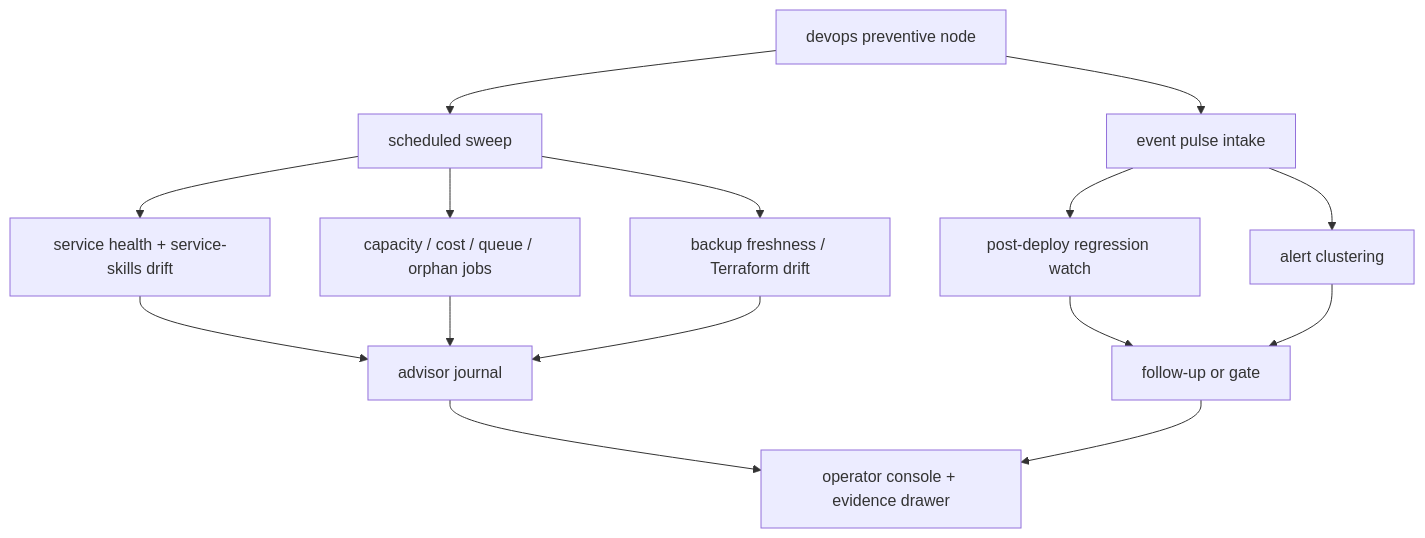
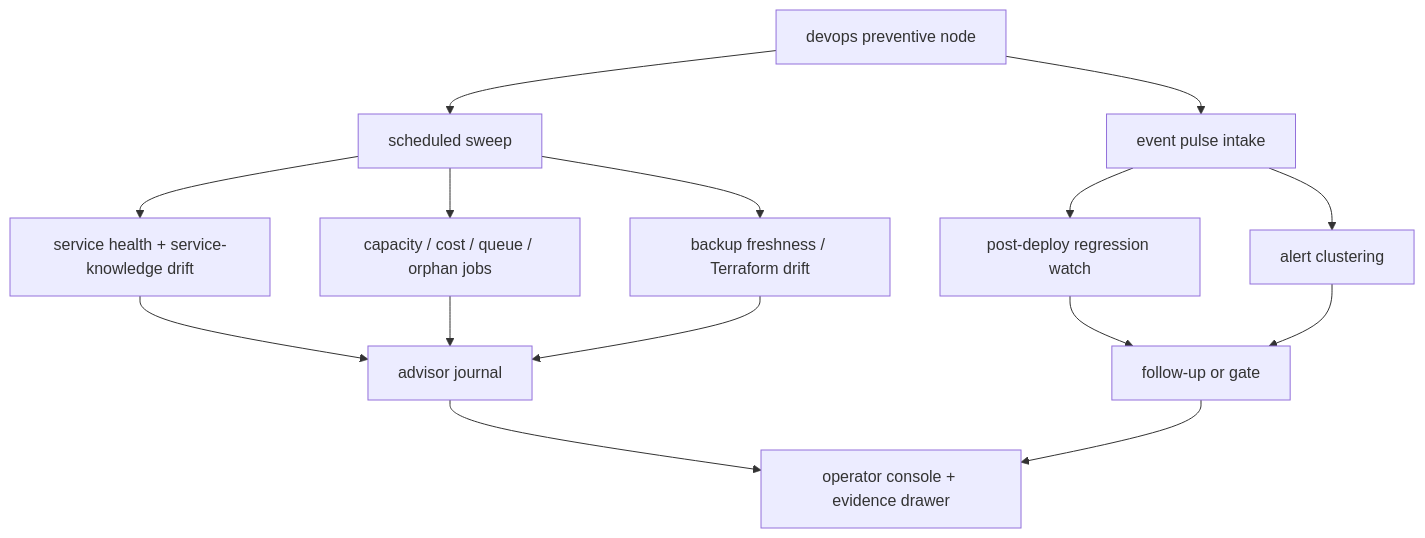
Before and after one commit to xtrm-dev/xtrm: the third of 3 diagrams in docs/devops/devops-system.md, drawn with Mermaid. The commit also changed other lines of this file and 1 other file, not shown here.

First line of the commit message:
docs(devops): sweep service-skills → service-knowledge in arch prose

````diff
--- a/docs/devops/devops-system.md
+++ b/docs/devops/devops-system.md
@@ -295,17 +295,17 @@
 ```mermaid
 flowchart TB
   N["devops preventive node"] --> A["scheduled sweep"]
   N --> B["event pulse intake"]
-  A --> C["service health + service-skills drift"]
+  A --> C["service health + service-knowledge drift"]
   A --> D["capacity / cost / queue / orphan jobs"]
   A --> E["backup freshness / Terraform drift"]
   B --> F["post-deploy regression watch"]
   B --> G["alert clustering"]
   C --> H["advisor journal"]
   D --> H
   E --> H
   F --> I["follow-up or gate"]
   G --> I
   H --> J["operator console + evidence drawer"]
   I --> J
 ```
````
